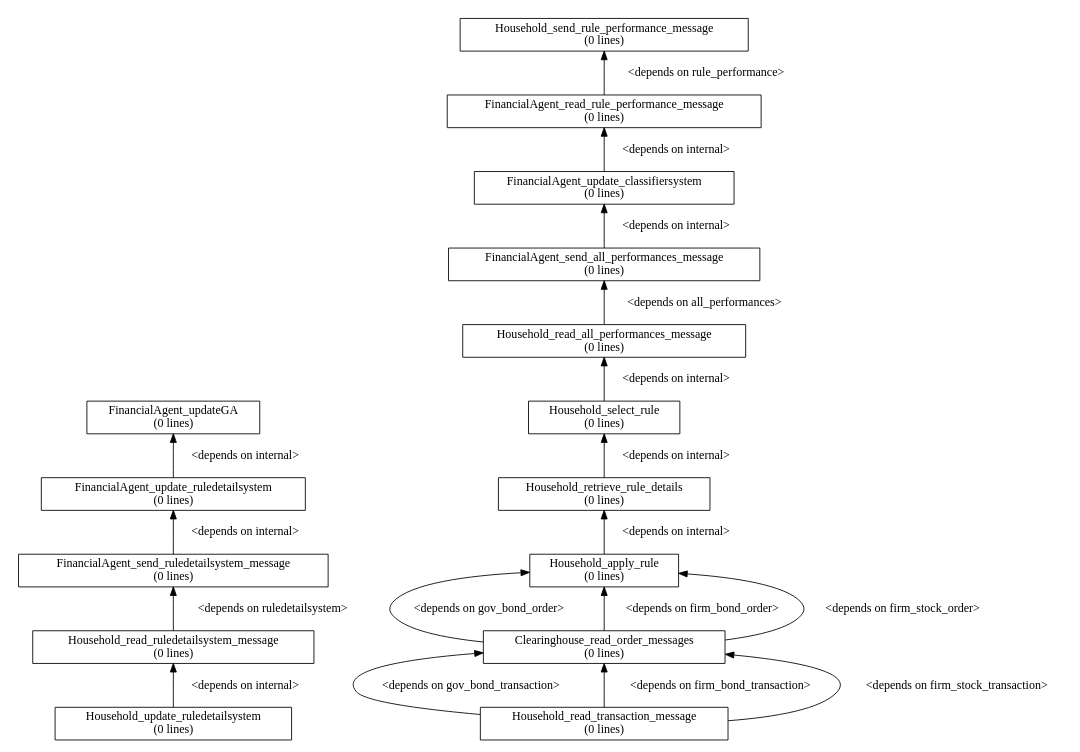
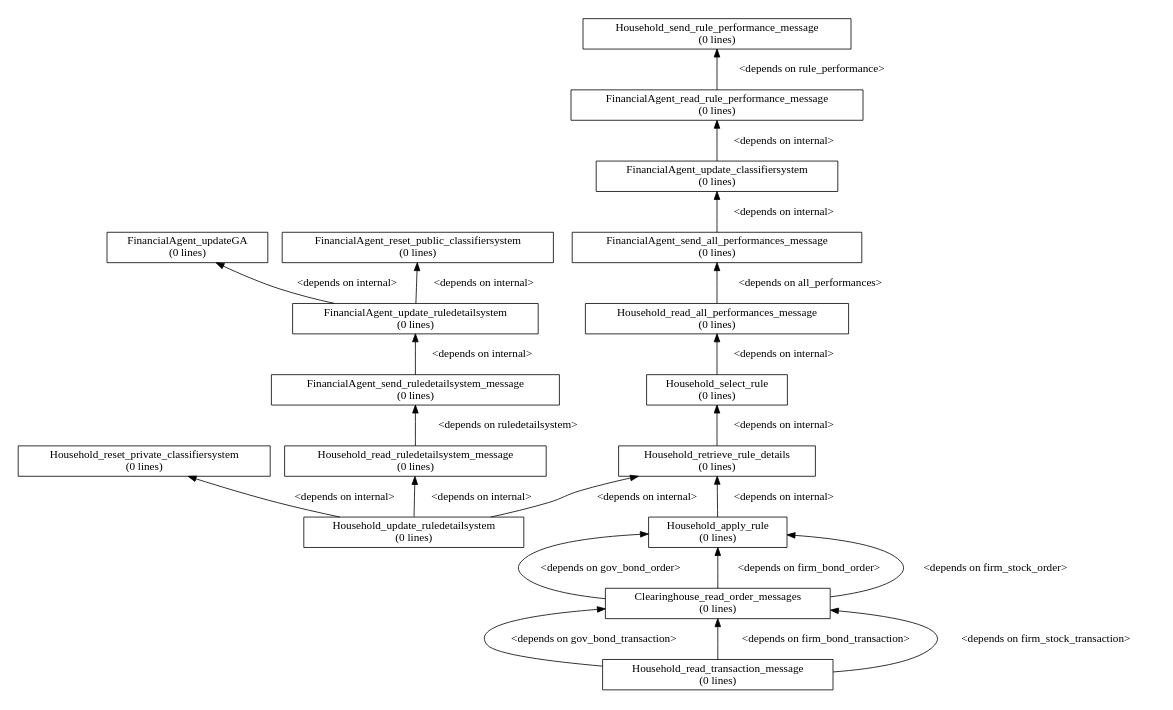
The diagram in models/AFM/afm_branches/initial/portfolio_selection_ewa/dgraph.dot (ETACE/EURACE), drawn with Graphviz before and after one commit. The commit also changed 13 other files, not shown here.

```diff
--- a/models/AFM/afm_branches/initial/portfolio_selection_ewa/dgraph.dot
+++ b/models/AFM/afm_branches/initial/portfolio_selection_ewa/dgraph.dot
@@ -1,41 +1,46 @@
 digraph dependency_graph {
 	rankdir=BT;
 	size="8,5;"
 	node [shape = rect];
 	
 	/* Functions */
 	FinancialAgent_send_ruledetailsystem_message[height = 0.000000, label = "FinancialAgent_send_ruledetailsystem_message\n(0 lines)"]
 	FinancialAgent_updateGA[height = 0.000000, label = "FinancialAgent_updateGA\n(0 lines)"]
 	FinancialAgent_update_ruledetailsystem[height = 0.000000, label = "FinancialAgent_update_ruledetailsystem\n(0 lines)"]
 	FinancialAgent_send_all_performances_message[height = 0.000000, label = "FinancialAgent_send_all_performances_message\n(0 lines)"]
+	FinancialAgent_reset_public_classifiersystem[height = 0.000000, label = "FinancialAgent_reset_public_classifiersystem\n(0 lines)"]
 	FinancialAgent_update_classifiersystem[height = 0.000000, label = "FinancialAgent_update_classifiersystem\n(0 lines)"]
 	FinancialAgent_read_rule_performance_message[height = 0.000000, label = "FinancialAgent_read_rule_performance_message\n(0 lines)"]
 	Clearinghouse_read_order_messages[height = 0.000000, label = "Clearinghouse_read_order_messages\n(0 lines)"]
 	Household_read_transaction_message[height = 0.000000, label = "Household_read_transaction_message\n(0 lines)"]
+	Household_reset_private_classifiersystem[height = 0.000000, label = "Household_reset_private_classifiersystem\n(0 lines)"]
 	Household_update_ruledetailsystem[height = 0.000000, label = "Household_update_ruledetailsystem\n(0 lines)"]
 	Household_read_ruledetailsystem_message[height = 0.000000, label = "Household_read_ruledetailsystem_message\n(0 lines)"]
 	Household_apply_rule[height = 0.000000, label = "Household_apply_rule\n(0 lines)"]
 	Household_retrieve_rule_details[height = 0.000000, label = "Household_retrieve_rule_details\n(0 lines)"]
 	Household_select_rule[height = 0.000000, label = "Household_select_rule\n(0 lines)"]
 	Household_read_all_performances_message[height = 0.000000, label = "Household_read_all_performances_message\n(0 lines)"]
 	Household_send_rule_performance_message[height = 0.000000, label = "Household_send_rule_performance_message\n(0 lines)"]
 	
 	/* Dependencies */
 	FinancialAgent_send_ruledetailsystem_message -> FinancialAgent_update_ruledetailsystem [ label = "<depends on internal>" ];
+	FinancialAgent_update_ruledetailsystem -> FinancialAgent_reset_public_classifiersystem [ label = "<depends on internal>" ];
 	FinancialAgent_update_ruledetailsystem -> FinancialAgent_updateGA [ label = "<depends on internal>" ];
 	FinancialAgent_send_all_performances_message -> FinancialAgent_update_classifiersystem [ label = "<depends on internal>" ];
 	FinancialAgent_update_classifiersystem -> FinancialAgent_read_rule_performance_message [ label = "<depends on internal>" ];
 	FinancialAgent_read_rule_performance_message -> Household_send_rule_performance_message [ label = "<depends on rule_performance>" ];
 	Clearinghouse_read_order_messages -> Household_apply_rule [ label = "<depends on gov_bond_order>" ];
 	Clearinghouse_read_order_messages -> Household_apply_rule [ label = "<depends on firm_bond_order>" ];
 	Clearinghouse_read_order_messages -> Household_apply_rule [ label = "<depends on firm_stock_order>" ];
 	Household_read_transaction_message -> Clearinghouse_read_order_messages [ label = "<depends on gov_bond_transaction>" ];
 	Household_read_transaction_message -> Clearinghouse_read_order_messages [ label = "<depends on firm_bond_transaction>" ];
 	Household_read_transaction_message -> Clearinghouse_read_order_messages [ label = "<depends on firm_stock_transaction>" ];
+	Household_update_ruledetailsystem -> Household_reset_private_classifiersystem [ label = "<depends on internal>" ];
+	Household_update_ruledetailsystem -> Household_retrieve_rule_details [ label = "<depends on internal>" ];
 	Household_update_ruledetailsystem -> Household_read_ruledetailsystem_message [ label = "<depends on internal>" ];
 	Household_read_ruledetailsystem_message -> FinancialAgent_send_ruledetailsystem_message [ label = "<depends on ruledetailsystem>" ];
 	Household_apply_rule -> Household_retrieve_rule_details [ label = "<depends on internal>" ];
 	Household_retrieve_rule_details -> Household_select_rule [ label = "<depends on internal>" ];
 	Household_select_rule -> Household_read_all_performances_message [ label = "<depends on internal>" ];
 	Household_read_all_performances_message -> FinancialAgent_send_all_performances_message [ label = "<depends on all_performances>" ];
 }
```
